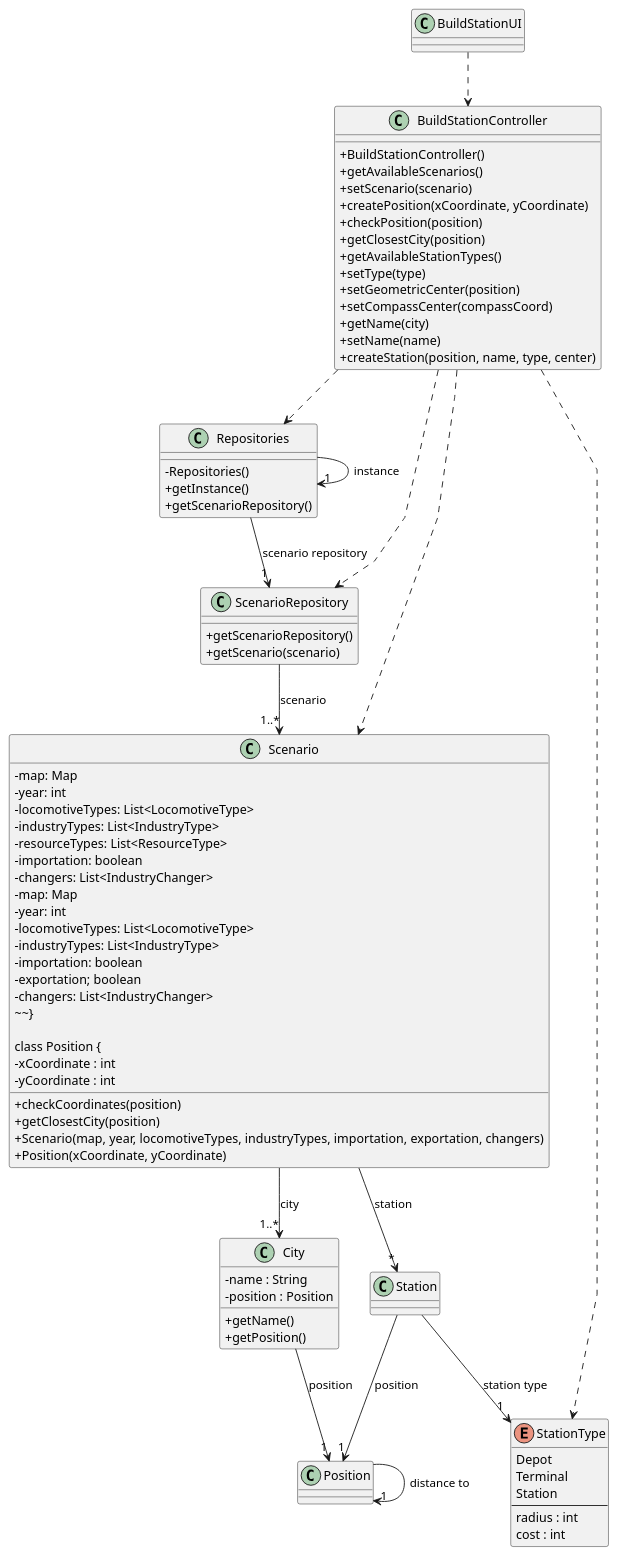
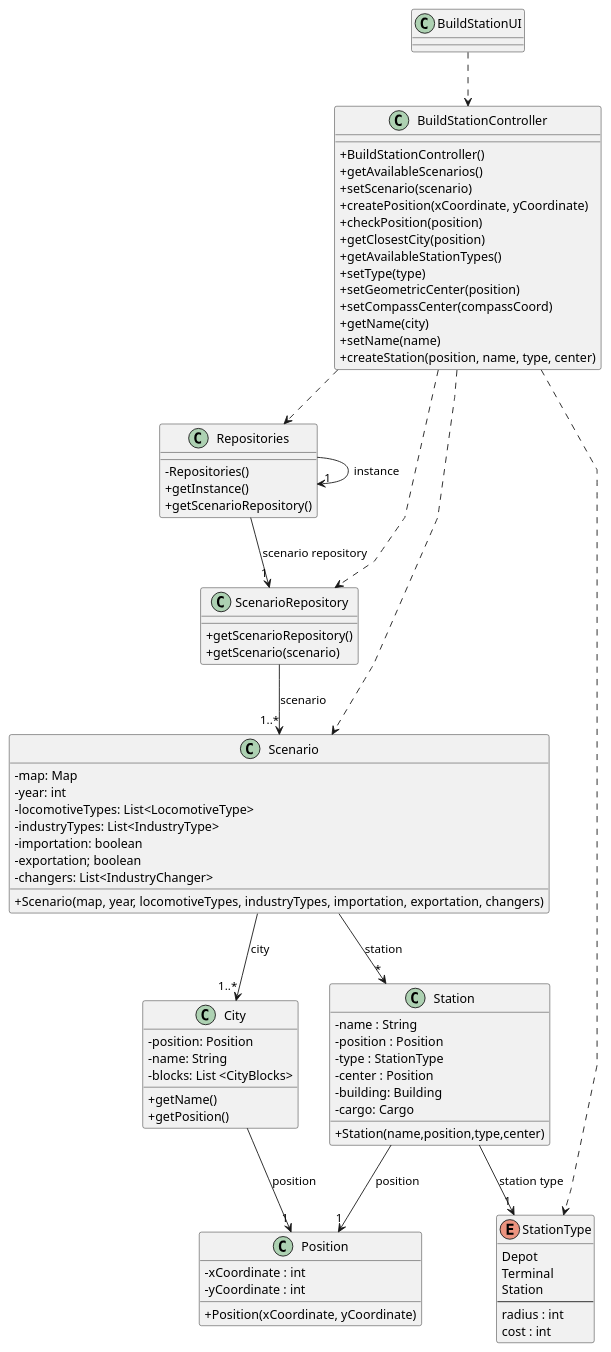
Before and after one commit to 1240935/pi2-railway-simulator: the diagram in Sprint2/US005/03.design/puml/US005-CD.puml, drawn with PlantUML. The commit also changed 13 other files, not shown here.

```diff
--- a/Sprint2/US005/03.design/puml/US005-CD.puml
+++ b/Sprint2/US005/03.design/puml/US005-CD.puml
@@ -1,102 +1,100 @@
 @startuml
 'skinparam monochrome true
 skinparam packageStyle rectangle
 skinparam shadowing false
 skinparam linetype polyline
 'skinparam linetype orto
 
 skinparam classAttributeIconSize 0
 
 'left to right direction
 
 class BuildStationUI {
 }
 
 class BuildStationController {
   +BuildStationController()
   +getAvailableScenarios()
   +setScenario(scenario)
   +createPosition(xCoordinate, yCoordinate)
   +checkPosition(position)
   +getClosestCity(position)
   +getAvailableStationTypes()
   +setType(type)
   +setGeometricCenter(position)
   +setCompassCenter(compassCoord)
   +getName(city)
   +setName(name)
   +createStation(position, name, type, center)
 }
 
 class Repositories {
       - Repositories()
       + getInstance()
       + getScenarioRepository()
-  }
-
-class Scenario {
-  -map: Map
-  -year: int
-  -locomotiveTypes: List<LocomotiveType>
-  -industryTypes: List<IndustryType>
-  -resourceTypes: List<ResourceType>
-  -importation: boolean
-  -changers: List<IndustryChanger>
-  +checkCoordinates(position)
-  +getClosestCity(position)
-}
+ }
 
 class City {
-  -name : String
-  -position : Position
+  - position: Position
+  - name: String
+  - blocks: List <CityBlocks>
   +getName()
   +getPosition()
 }
 
 class Scenario {
        -map: Map
        -year: int
        -locomotiveTypes: List<LocomotiveType>
        -industryTypes: List<IndustryType>
        -importation: boolean
        -exportation; boolean
        -changers: List<IndustryChanger>
        +Scenario(map, year, locomotiveTypes, industryTypes, importation, exportation, changers)
-~~}
+}
 
 class Position {
   -xCoordinate : int
   -yCoordinate : int
   +Position(xCoordinate, yCoordinate)
 }
 
 enum StationType {
   Depot
   Terminal
   Station
   --
   radius : int
   cost : int
 }
 
 class ScenarioRepository {
   +getScenarioRepository()
   +getScenario(scenario)
 }
 
+class Station{
+    -name : String
+    -position : Position
+    -type : StationType
+    -center : Position
+    -building: Building
+    -cargo: Cargo
+    +Station(name,position,type,center)
+}
+
 BuildStationUI ..> BuildStationController
 BuildStationController ..> ScenarioRepository
 BuildStationController ..> Scenario
 BuildStationController ..> StationType
 BuildStationController ..> Repositories
 Repositories --> "1" ScenarioRepository : scenario repository
 Repositories -> "1" Repositories : instance
 ScenarioRepository --> "1..*" Scenario  : scenario
 Scenario --> "1..*" City : city
 Scenario --> "*" Station : station
 City --> "1" Position : position
 Station --> "1" Position : position
 Station --> "1" StationType : station type
-Position -> "1" Position : distance to
 
 @enduml
```
